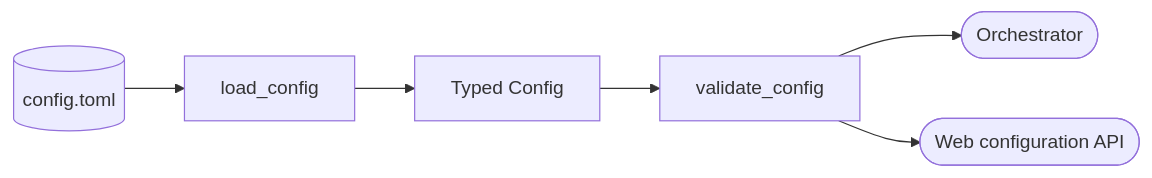
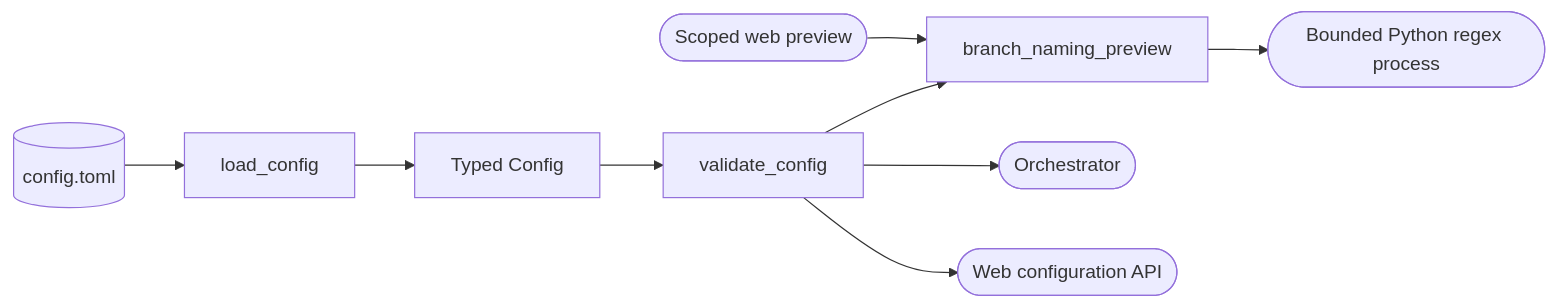
Before and after one commit to DDP-Engineering/AgenticDeliveryOrchestratorRuntimeEngine: the diagram in .agentic/knowledge/config.md, drawn with Mermaid. The commit also changed other lines of this file and 23 other files, not shown here.

Commit message:
feat(web): editable branch naming with validated preview (REQ-UX-7b47e30e, REQ-FUNC-84f30174)

````diff
--- a/.agentic/knowledge/config.md
+++ b/.agentic/knowledge/config.md
@@ -69,8 +76,11 @@
 ```mermaid
 flowchart LR
     toml[(config.toml)] --> load[load_config]
     load --> model[Typed Config]
     model --> validate[validate_config]
+    validate --> branch[branch_naming_preview]
+    preview([Scoped web preview]) --> branch
+    branch --> regex([Bounded Python regex process])
     validate --> conductor([Orchestrator])
     validate --> web([Web configuration API])
 ```
````
